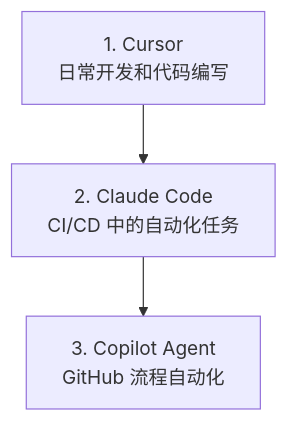
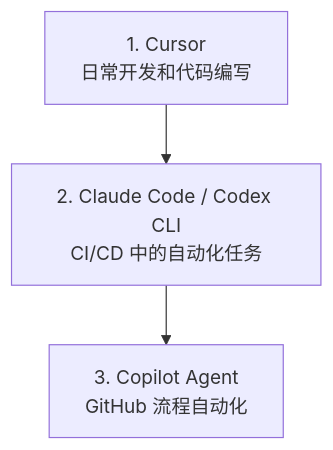
Before and after one commit to yeasy/agentic_ai_guide: the second of 2 diagrams in 10_agentic_coding/10.3_tools.md, drawn with Mermaid. The commit also changed other lines of this file and 5 other files, not shown here.

````diff
--- a/10_agentic_coding/10.3_tools.md
+++ b/10_agentic_coding/10.3_tools.md
@@ -420,5 +527,5 @@
 ```mermaid
 graph TD
-    Cursor[1. Cursor<br>日常开发和代码编写] --> Claude[2. Claude Code<br>CI/CD 中的自动化任务]
+    Cursor[1. Cursor<br>日常开发和代码编写] --> Claude[2. Claude Code / Codex CLI<br>CI/CD 中的自动化任务]
     Claude --> Copilot[3. Copilot Agent<br>GitHub 流程自动化]
 ```
````
